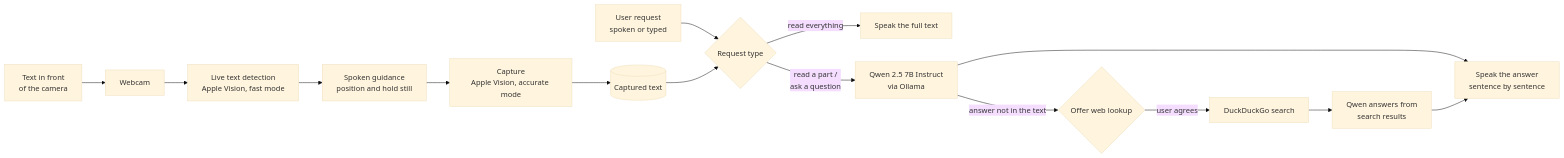
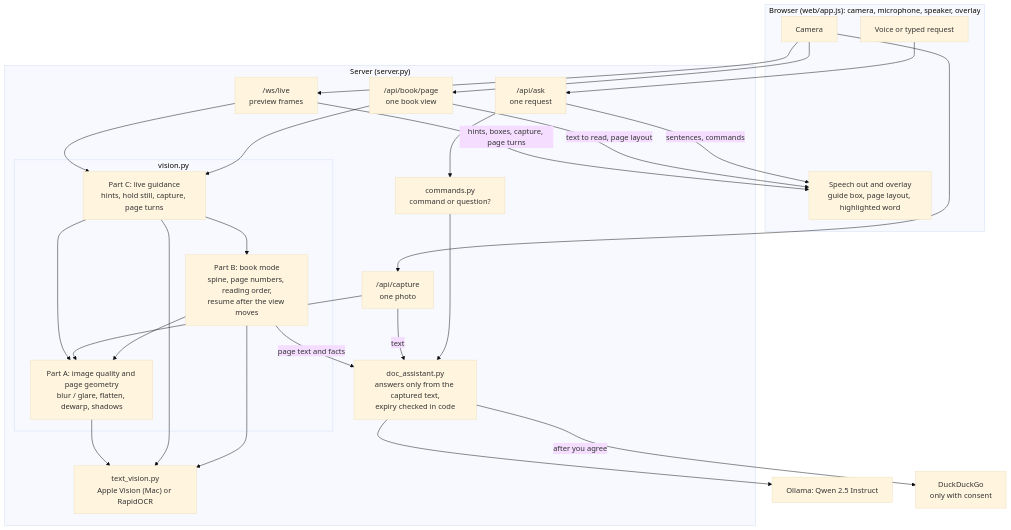
Before and after one commit to neerajprao/Helping_Eyes-main: the first of 2 diagrams in README.md, drawn with Mermaid (base theme). The commit also changed other lines of this file and 34 other files, not shown here.

````diff
--- a/README.md
+++ b/README.md
@@ -77,15 +77,53 @@
 ```mermaid
-flowchart LR
-    A[Text in front<br/>of the camera] --> B[Webcam]
-    B --> C[Live text detection<br/>Apple Vision, fast mode]
-    C --> D[Spoken guidance<br/>position and hold still]
-    D --> E[Capture<br/>Apple Vision, accurate mode]
-    E --> F[(Captured text)]
-    U[User request<br/>spoken or typed] --> R{Request type}
-    F --> R
-    R -- read everything --> S[Speak the full text]
-    R -- read a part /<br/>ask a question --> Q[Qwen 2.5 7B Instruct<br/>via Ollama]
-    Q --> T[Speak the answer<br/>sentence by sentence]
-    Q -- answer not in the text --> O{Offer web lookup}
-    O -- user agrees --> W[DuckDuckGo search] --> Q2[Qwen answers from<br/>search results] --> T
+flowchart TB
+    subgraph BR["Browser (web/app.js): camera, microphone, speaker, overlay"]
+        CAM[Camera]
+        MIC[Voice or typed request]
+        OUT[Speech out and overlay<br/>guide box, page layout, highlighted word]
+    end
+
+    subgraph SV["Server (server.py)"]
+        WS["/ws/live<br/>preview frames"]
+        CAP["/api/capture<br/>one photo"]
+        BK["/api/book/page<br/>one book view"]
+        ASK["/api/ask<br/>one request"]
+        CMD["commands.py<br/>command or question?"]
+
+        subgraph VIS["vision.py"]
+            PC["Part C: live guidance<br/>hints, hold still, capture, page turns"]
+            PB["Part B: book mode<br/>spine, page numbers, reading order,<br/>resume after the view moves"]
+            PA["Part A: image quality and page geometry<br/>blur / glare, flatten, dewarp, shadows"]
+        end
+
+        OCR["text_vision.py<br/>Apple Vision (Mac) or RapidOCR"]
+        DA["doc_assistant.py<br/>answers only from the captured text,<br/>expiry checked in code"]
+    end
+
+    LLM[Ollama: Qwen 2.5 Instruct]
+    WEB[DuckDuckGo<br/>only with consent]
+
+    CAM --> WS
+    CAM --> CAP
+    CAM --> BK
+    MIC --> ASK
+
+    WS --> PC
+    BK --> PC
+    PC --> PB
+    PC --> PA
+    CAP --> PA
+    PB --> PA
+    PA --> OCR
+    PC --> OCR
+    PB --> OCR
+    PB -- page text and facts --> DA
+    CAP -- text --> DA
+    ASK --> CMD
+    CMD --> DA
+    DA --> LLM
+    DA -- after you agree --> WEB
+
+    WS -- hints, boxes, capture, page turns --> OUT
+    BK -- text to read, page layout --> OUT
+    ASK -- sentences, commands --> OUT
 ```
````
